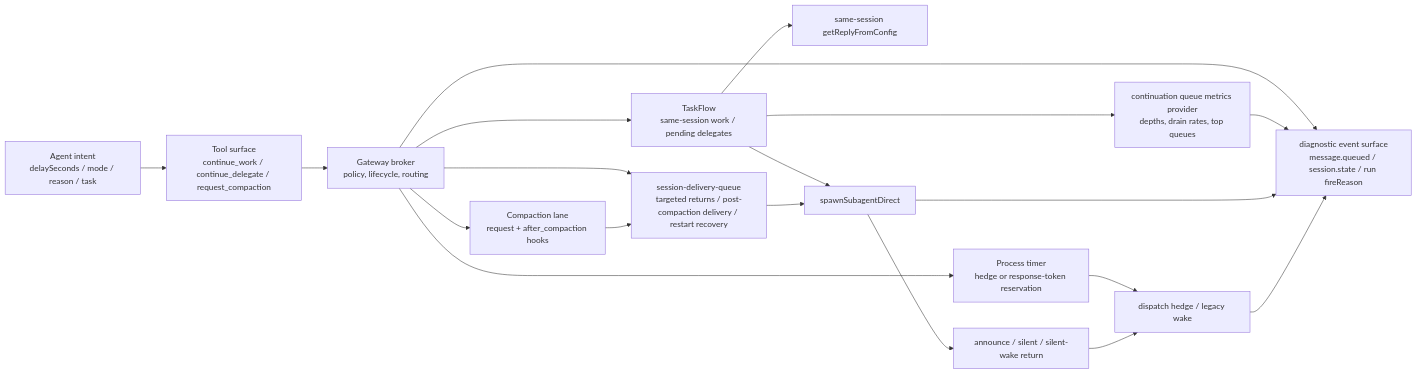
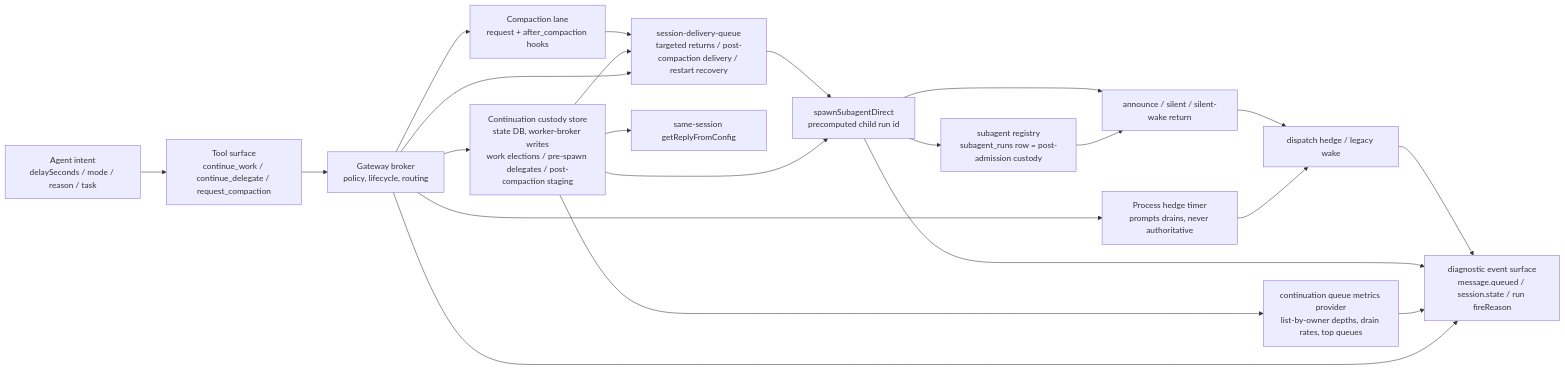
The fifth of 6 diagrams in docs/design/continue-work-signal-v2.md (karmaterminal/openclaw), drawn with Mermaid before and after one commit. The commit also changed other lines of this file, not shown here.

First line of the commit message:
docs(continuation): re-home RFC custody off TaskFlow (WIP §2-§5.4)

````diff
--- a/docs/design/continue-work-signal-v2.md
+++ b/docs/design/continue-work-signal-v2.md
@@ -887,21 +903,24 @@
 ```mermaid
 flowchart LR
     Agent["Agent intent<br/>delaySeconds / mode / reason / task"] --> Tool["Tool surface<br/>continue_work / continue_delegate / request_compaction"]
     Tool --> Broker["Gateway broker<br/>policy, lifecycle, routing"]
-    Broker --> TaskFlow["TaskFlow<br/>same-session work / pending delegates"]
-    Broker --> Timer["Process timer<br/>hedge or response-token reservation"]
+    Broker --> Custody["Continuation custody store<br/>state DB, worker-broker writes<br/>work elections / pre-spawn delegates / post-compaction staging"]
+    Broker --> Timer["Process hedge timer<br/>prompts drains, never authoritative"]
     Broker --> Queue["session-delivery-queue<br/>targeted returns / post-compaction delivery / restart recovery"]
     Broker --> Compaction["Compaction lane<br/>request + after_compaction hooks"]
     Broker --> Diag["diagnostic event surface<br/>message.queued / session.state / run fireReason"]
-    TaskFlow --> Direct["same-session getReplyFromConfig"]
-    TaskFlow --> Spawn["spawnSubagentDirect"]
+    Custody --> Direct["same-session getReplyFromConfig"]
+    Custody --> Spawn["spawnSubagentDirect<br/>precomputed child run id"]
+    Spawn --> Registry["subagent registry<br/>subagent_runs row = post-admission custody"]
+    Registry --> Return
     Timer --> Wake["dispatch hedge / legacy wake"]
-    TaskFlow --> Metrics["continuation queue metrics provider<br/>depths, drain rates, top queues"]
+    Custody --> Metrics["continuation queue metrics provider<br/>list-by-owner depths, drain rates, top queues"]
+    Custody --> Queue
     Metrics --> Diag
     Queue --> Spawn
     Compaction --> Queue
     Spawn --> Return["announce / silent / silent-wake return"]
     Spawn --> Diag
     Return --> Wake
     Wake --> Diag
 ```
````
